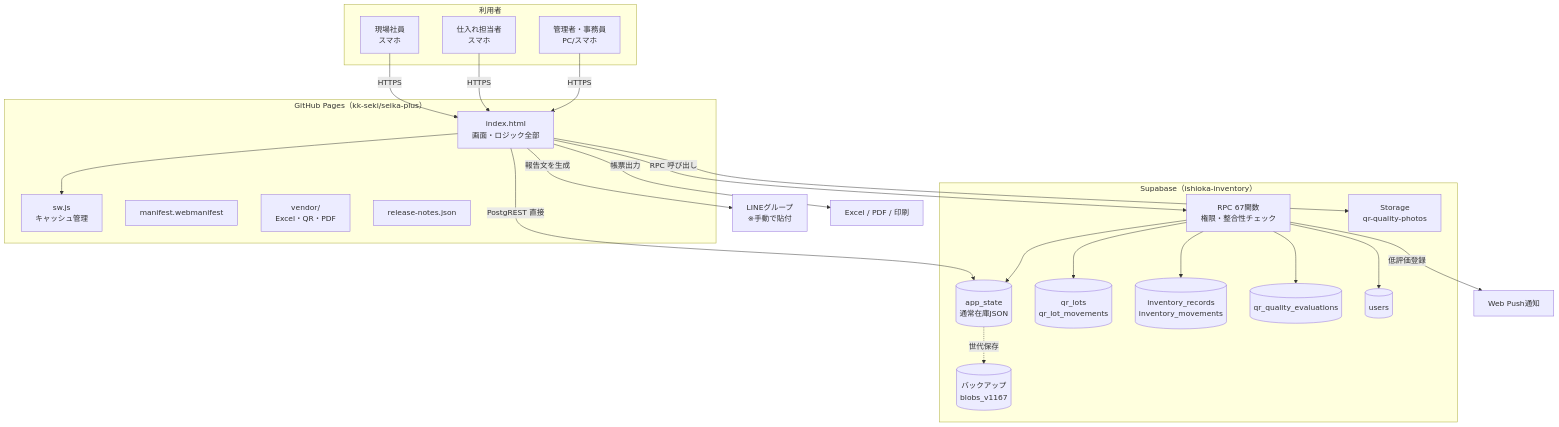
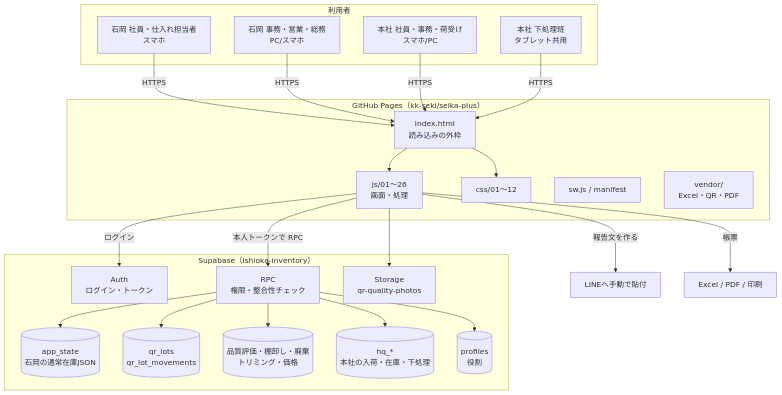
One commit to kk-seki/seika-plus changed the first of 2 diagrams in DOCS/開発記録・仕様書.md. Above: the diagram before and after it, drawn with Mermaid. The commit also changed other lines of this file, not shown here.

````diff
--- a/DOCS/開発記録・仕様書.md
+++ b/DOCS/開発記録・仕様書.md
@@ -130,42 +129,37 @@
 ```mermaid
 flowchart TB
   subgraph 利用者
-    A1[現場社員<br/>スマホ]
-    A2[仕入れ担当者<br/>スマホ]
-    A3[管理者・事務員<br/>PC/スマホ]
+    A1[石岡 社員・仕入れ担当者<br/>スマホ]
+    A2[石岡 事務・営業・総務<br/>PC/スマホ]
+    A3[本社 社員・事務・荷受け<br/>スマホ/PC]
+    A4[本社 下処理班<br/>タブレット共用]
   end
 
   subgraph GitHub["GitHub Pages（kk-seki/seika-plus）"]
-    B1[index.html<br/>画面・ロジック全部]
-    B2[sw.js<br/>キャッシュ管理]
-    B3[manifest.webmanifest]
-    B4[vendor/<br/>Excel・QR・PDF]
-    B5[release-notes.json]
+    B1[index.html<br/>読み込みの外枠]
+    B2[js/01〜26<br/>画面・処理]
+    B3[css/01〜12]
+    B4[sw.js / manifest]
+    B5[vendor/<br/>Excel・QR・PDF]
   end
 
   subgraph Supabase["Supabase（ishioka-inventory）"]
-    C1[(app_state<br/>通常在庫JSON)]
+    C0[Auth<br/>ログイン・トークン]
+    C1[(app_state<br/>石岡の通常在庫JSON)]
     C2[(qr_lots<br/>qr_lot_movements)]
-    C3[(inventory_records<br/>inventory_movements)]
-    C4[(qr_quality_evaluations)]
-    C5[(users)]
-    C6[RPC 67関数<br/>権限・整合性チェック]
+    C3[(品質評価・棚卸し・廃棄<br/>トリミング・価格)]
+    C4[(hq_*<br/>本社の入荷・在庫・下処理)]
+    C5[(profiles<br/>役割)]
+    C6[RPC<br/>権限・整合性チェック]
     C7[Storage<br/>qr-quality-photos]
-    C8[(バックアップ<br/>blobs_v1167)]
   end
 
-  D1[LINEグループ<br/>※手動で貼付]
-  D2[Web Push通知]
-  D3[Excel / PDF / 印刷]
-
-  A1 & A2 & A3 -->|HTTPS| B1
-  B1 --> B2
-  B1 -->|PostgREST 直接| C1
-  B1 -->|RPC 呼び出し| C6
-  C6 --> C2 & C3 & C4 & C5 & C1
-  C1 -.世代保存.-> C8
-  B1 --> C7
-  B1 -->|報告文を生成| D1
-  C6 -->|低評価登録| D2
-  B1 -->|帳票出力| D3
+  A1 & A2 & A3 & A4 -->|HTTPS| B1
+  B1 --> B2 & B3
+  B2 -->|ログイン| C0
+  B2 -->|本人トークンで RPC| C6
+  C6 --> C1 & C2 & C3 & C4 & C5
+  B2 --> C7
+  B2 -->|報告文を作る| D1[LINEへ手動で貼付]
+  B2 -->|帳票| D2[Excel / PDF / 印刷]
 ```
````
